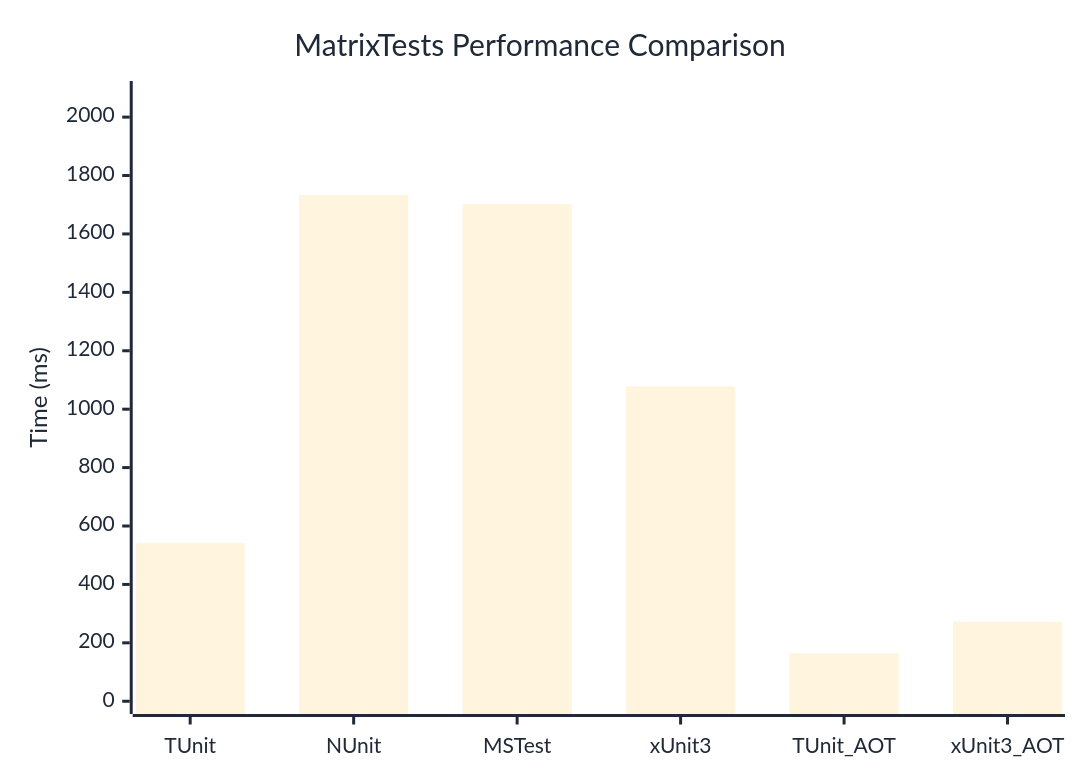
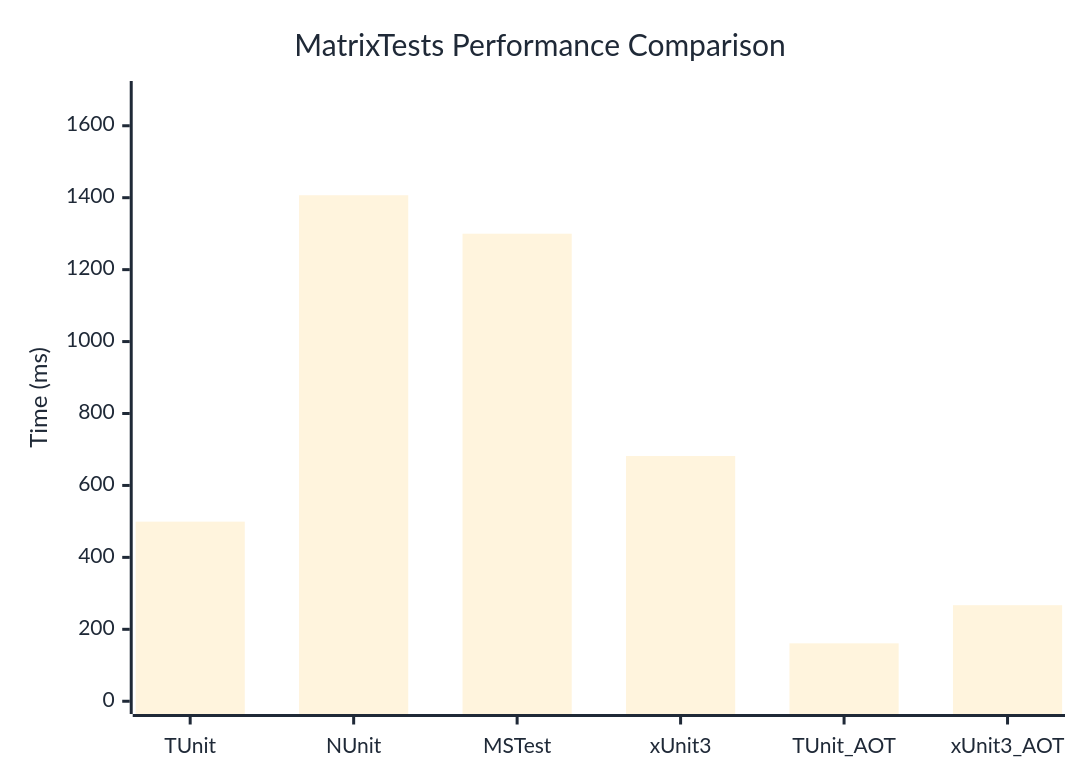
One commit to thomhurst/TUnit changed the diagram in docs/docs/benchmarks/engine/MatrixTests.md. Above: the diagram before and after it, drawn with Mermaid. The commit also changed other lines of this file and 17 other files, not shown here.

````diff
--- a/docs/docs/benchmarks/engine/MatrixTests.md
+++ b/docs/docs/benchmarks/engine/MatrixTests.md
@@ -30,37 +30,37 @@
 ```mermaid
 %%{init: {
   'theme':'base',
   'themeVariables': {
     'primaryColor': '#2563eb',
     'primaryTextColor': '#1f2937',
     'primaryBorderColor': '#1e40af',
     'lineColor': '#6b7280',
     'secondaryColor': '#7c3aed',
     'tertiaryColor': '#dc2626',
     'background': '#ffffff',
     'mainBkg': '#2563eb',
     'secondBkg': '#7c3aed',
     'tertiaryBkg': '#dc2626',
     'clusterBkg': '#f3f4f6',
     'edgeLabelBackground': '#ffffff',
     'tertiaryTextColor': '#1f2937',
     'pie1': '#2563eb',
     'pie2': '#7c3aed',
     'pie3': '#dc2626',
     'pie4': '#f59e0b',
     'pie5': '#10b981',
     'pie6': '#06b6d4',
     'pie7': '#ec4899',
     'pie8': '#6366f1',
     'pie9': '#84cc16',
     'pie10': '#f97316',
     'pie11': '#14b8a6',
     'pie12': '#a855f7'
   }
 }}%%
 xychart-beta
   title "MatrixTests Performance Comparison"
   x-axis ["TUnit", "NUnit", "MSTest", "xUnit3", "TUnit_AOT", "xUnit3_AOT"]
-  y-axis "Time (ms)" 0 --> 2080
-  bar [541.9, 1732.9, 1702.1, 1078.1, 164.5, 272.2]
+  y-axis "Time (ms)" 0 --> 1689
+  bar [499.3, 1406.8, 1299.9, 681.8, 161, 267.1]
 ```
````
